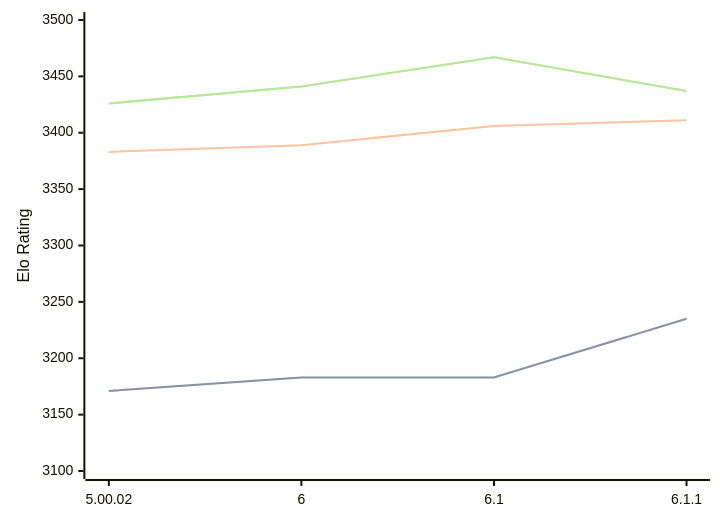
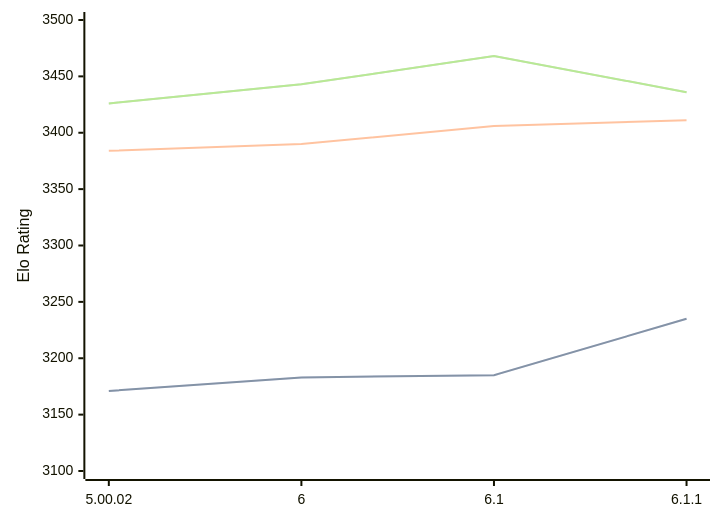
One commit to computer-chess-index/cci changed the diagram in engines/Zangdar.md. Above: the diagram before and after it, drawn with Mermaid. The commit also changed other lines of this file, not shown here.

Commit message:
Update CCI Ratings (ELO VLTC) - 2026-04-27

````diff
--- a/engines/Zangdar.md
+++ b/engines/Zangdar.md
@@ -46,11 +46,11 @@
 ```mermaid
 %%{init: {"theme":"base","themeVariables":{"seriesColors:['#a3a3a3','#222221','#faa371']}}}%%
 xychart-beta
   x-axis ["5.00.02", "6", "6.1", "6.1.1"]
   y-axis "Elo Rating" 3100 --> 3500
-  line "STC (8.0+0.08s)" [3171, 3183, 3183, 3235]
-  line "STC (8.0+0.08s)" [3171, 3183, 3183, 3235]
-  line "LTC (60.0+0.60s)" [3383, 3389, 3406, 3411]
-  line "VLTC (2m24s+1.12s)" [3426, 3441, 3467, 3437]
-  line "VLTC (2m24s+1.12s)" [3426, 3441, 3467, 3437]
+  line "STC (8.0+0.08s)" [3171, 3183, 3185, 3235]
+  line "STC (8.0+0.08s)" [3171, 3183, 3185, 3235]
+  line "LTC (60.0+0.60s)" [3384, 3390, 3406, 3411]
+  line "VLTC (2m24s+1.12s)" [3426, 3443, 3468, 3436]
+  line "VLTC (2m24s+1.12s)" [3426, 3443, 3468, 3436]
 ```
````
